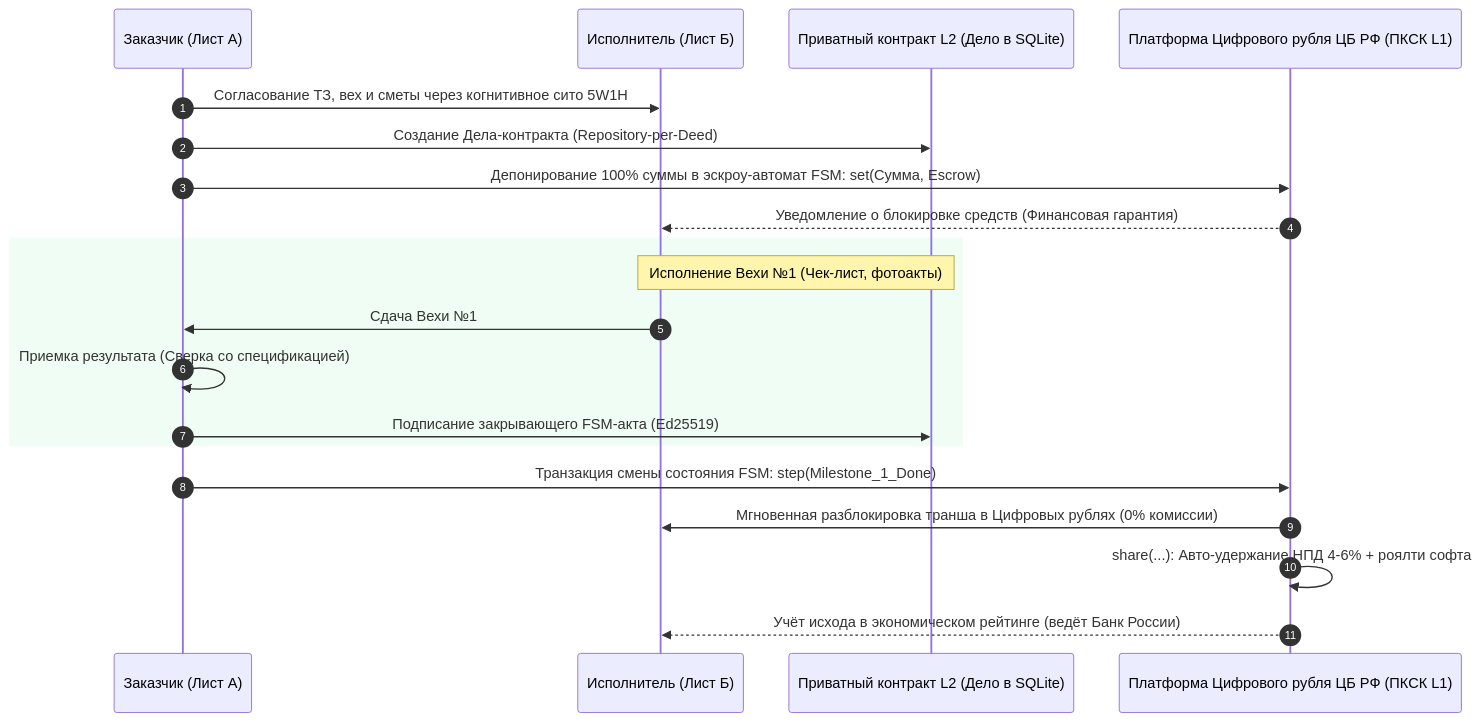
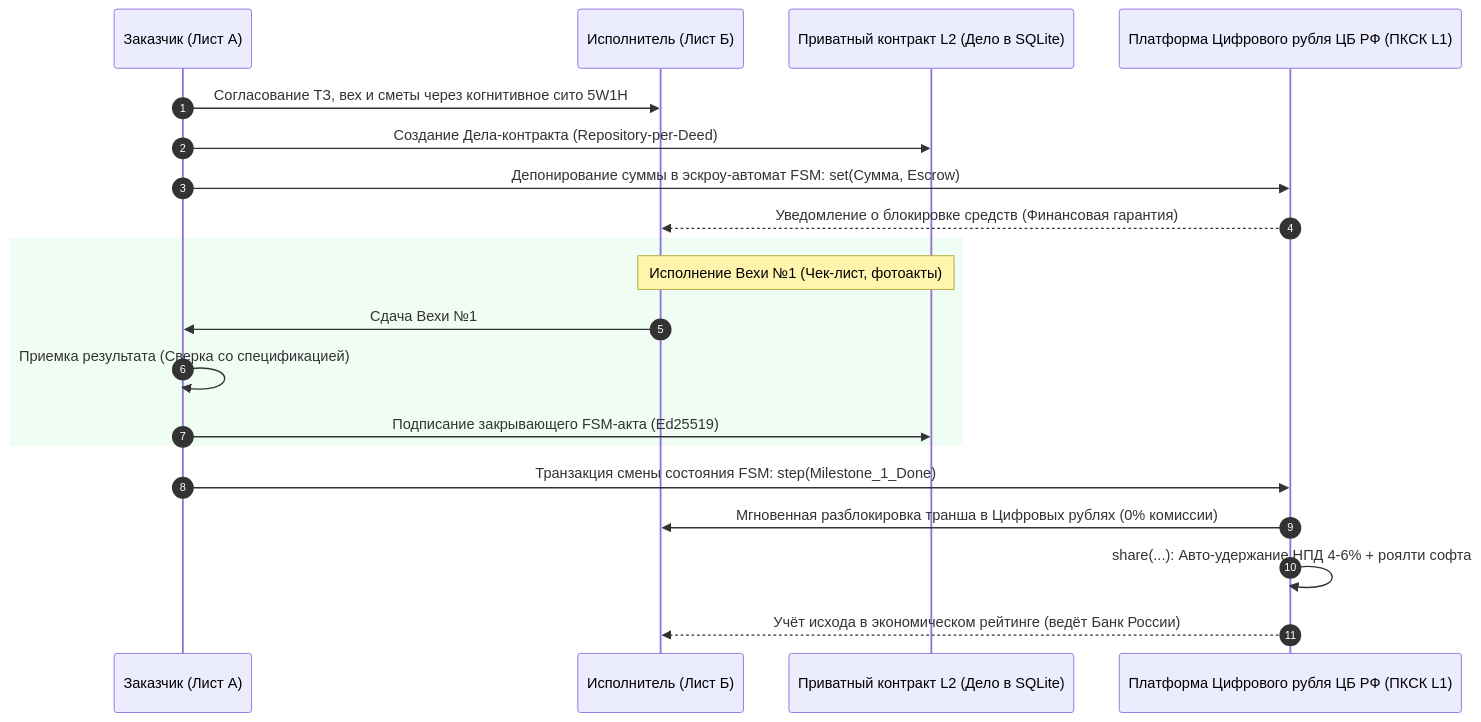
Before and after one commit to Data-Independence-Network/presentations: the fifth of 7 diagrams in shared_docs/whitepapers/applications/gogetter/GoGetter_Ecosystem_Impact_Guide.md, drawn with Mermaid. The commit also changed other lines of this file and 11 other files, not shown here.

````diff
--- a/shared_docs/whitepapers/applications/gogetter/GoGetter_Ecosystem_Impact_Guide.md
+++ b/shared_docs/whitepapers/applications/gogetter/GoGetter_Ecosystem_Impact_Guide.md
@@ -249,25 +249,25 @@
 ```mermaid
 sequenceDiagram
     autonumber
     participant Client as Заказчик (Лист А)
     participant Master as Исполнитель (Лист Б)
     participant L2Deed as Приватный контракт L2 (Дело в SQLite)
     participant CBR_L1 as Платформа Цифрового рубля ЦБ РФ (ПКСК L1)
 
     Client->>Master: Согласование ТЗ, вех и сметы через когнитивное сито 5W1H
     Client->>L2Deed: Создание Дела-контракта (Repository-per-Deed)
-    Client->>CBR_L1: Депонирование 100% суммы в эскроу-автомат FSM: set(Сумма, Escrow)
+    Client->>CBR_L1: Депонирование суммы в эскроу-автомат FSM: set(Сумма, Escrow)
     CBR_L1-->>Master: Уведомление о блокировке средств (Финансовая гарантия)
     
     rect rgb(240, 253, 244)
         Note over Master, L2Deed: Исполнение Вехи №1 (Чек-лист, фотоакты)
         Master->>Client: Сдача Вехи №1
         Client->>Client: Приемка результата (Сверка со спецификацией)
         Client->>L2Deed: Подписание закрывающего FSM-акта (Ed25519)
     end
 
     Client->>CBR_L1: Транзакция смены состояния FSM: step(Milestone_1_Done)
     CBR_L1->>Master: Мгновенная разблокировка транша в Цифровых рублях (0% комиссии)
     CBR_L1->>CBR_L1: share(...): Авто-удержание НПД 4-6% + роялти софта
     CBR_L1-->>Master: Учёт исхода в экономическом рейтинге (ведёт Банк России)
 ```
````
